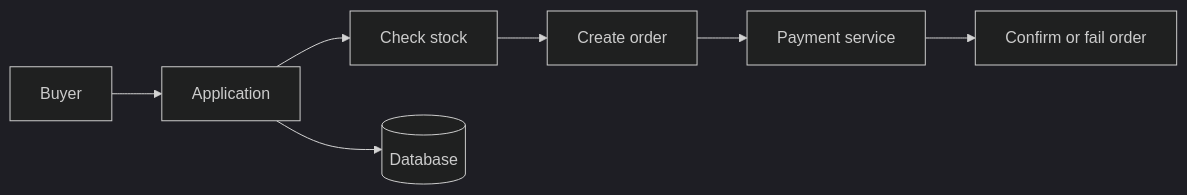
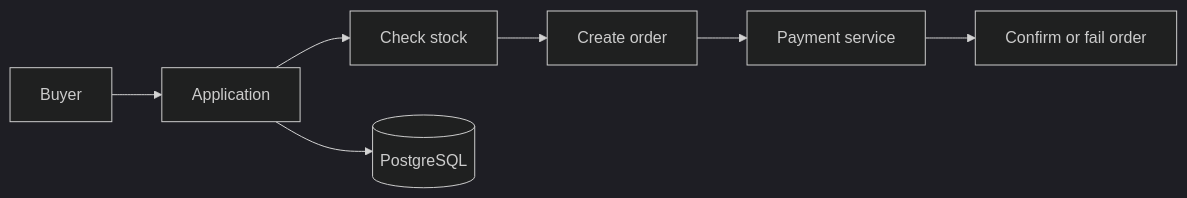
The third of 4 diagrams in srs.md (Iffrah992/Advanced-software-architecture-patterns), drawn with Mermaid (dark theme) before and after one commit. The commit also changed other lines of this file, not shown here.

````diff
--- a/srs.md
+++ b/srs.md
@@ -497,9 +511,9 @@
 ```mermaid
 flowchart LR
     U[Buyer] --> A[Application]
     A --> S[Check stock]
     S --> O[Create order]
     O --> P[Payment service]
     P --> C[Confirm or fail order]
-    A --> D[(Database)]
+    A --> D[(PostgreSQL)]
 ```
````
